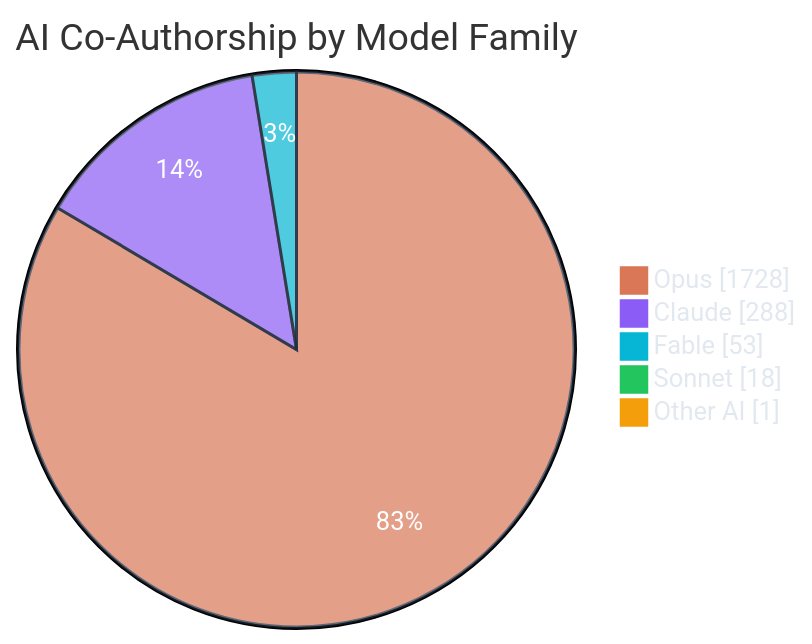
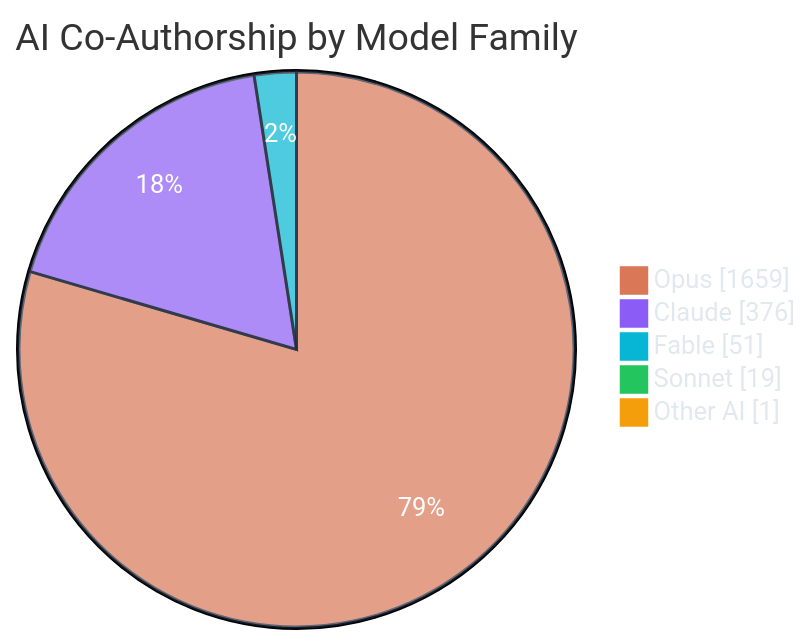
One commit to polo-nyan/polo-nyan changed the third of 7 diagrams in README.md. Above: the diagram before and after it, drawn with Mermaid. The commit also changed other lines of this file and 1 other file, not shown here.

````diff
--- a/README.md
+++ b/README.md
@@ -279,10 +279,10 @@
 ```mermaid
 %%{init: {"theme": "base", "themeVariables": { "pie1": "#d97757", "pie2": "#8b5cf6", "pie3": "#06b6d4", "pie4": "#22c55e", "pie5": "#f59e0b", "pie6": "#ec4899", "pieTextColor": "#ffffff", "pieLegendTextColor": "#e2e8f0", "pieSectionTextColor": "#ffffff", "pieStrokeColor": "#1e293b" }}}%%
 pie showData
     title AI Co-Authorship by Model Family
-    "Opus" : 1728
-    "Claude" : 288
-    "Fable" : 53
-    "Sonnet" : 18
+    "Opus" : 1659
+    "Claude" : 376
+    "Fable" : 51
+    "Sonnet" : 19
     "Other AI" : 1
 ```
````
